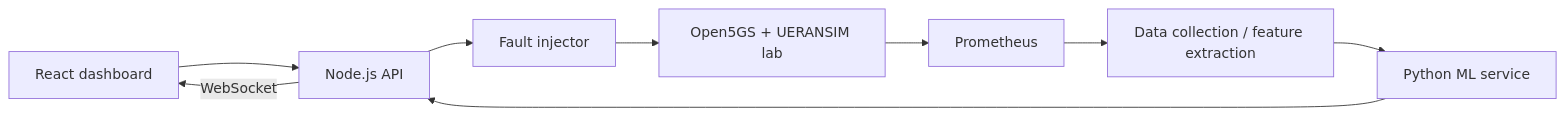
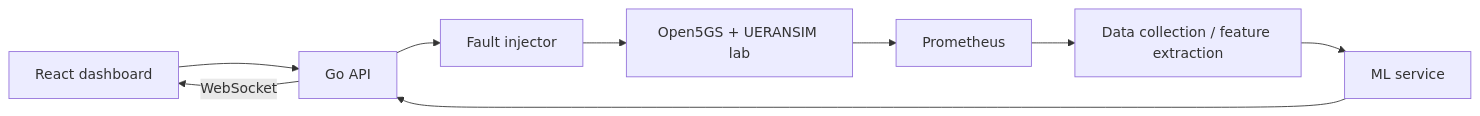
One commit to lazypanic999/CorePulse changed the diagram in README.md. Above: the diagram before and after it, drawn with Mermaid. The commit also changed other lines of this file and 20 other files, not shown here.

````diff
--- a/README.md
+++ b/README.md
@@ -18,11 +18,11 @@
 ```mermaid
 flowchart LR
-  UI[React dashboard] --> API[Node.js API]
+  UI[React dashboard] --> API[Go API]
   API --> INJ[Fault injector]
   INJ --> LAB[Open5GS + UERANSIM lab]
   LAB --> PROM[Prometheus]
   PROM --> COL[Data collection / feature extraction]
-  COL --> ML[Python ML service]
+  COL --> ML[ML service]
   ML --> API
   API -- WebSocket --> UI
 ```
````
